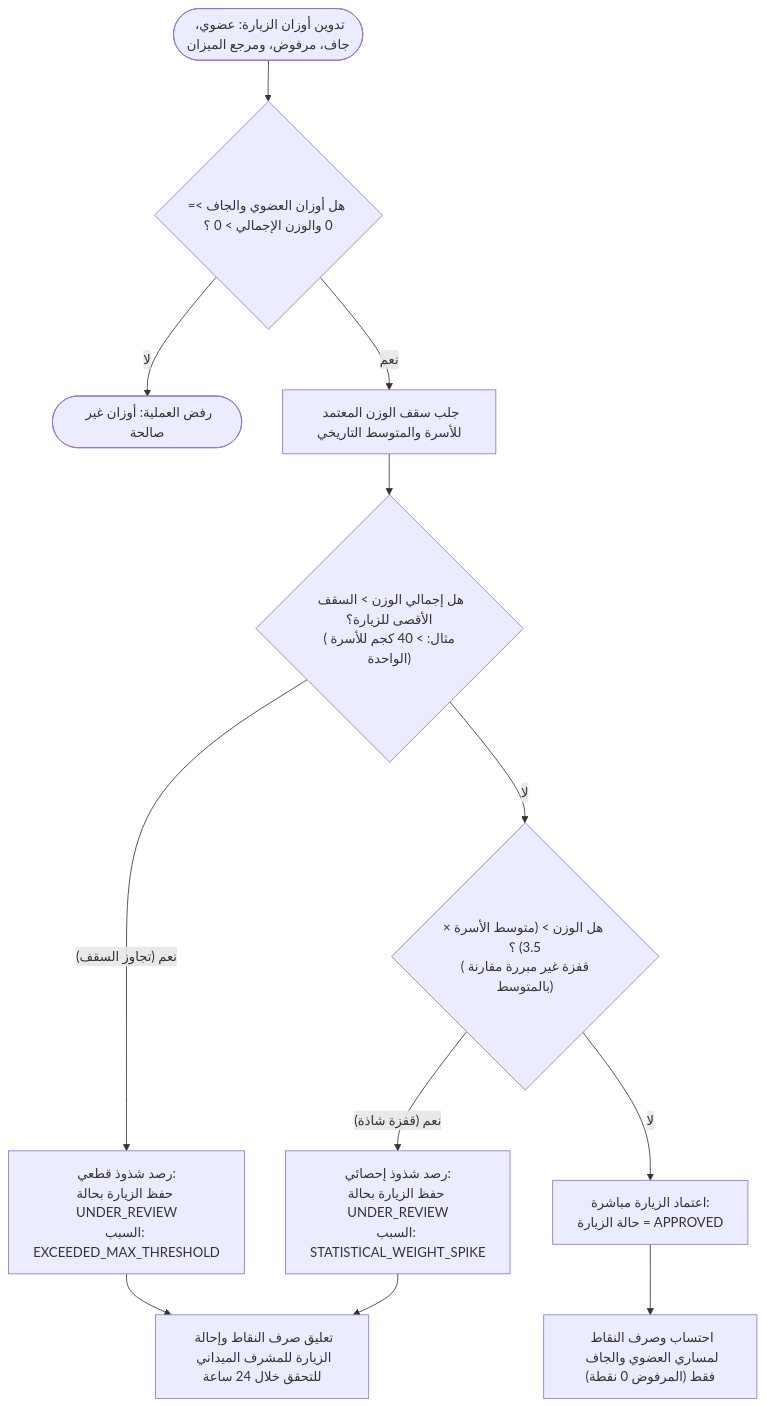
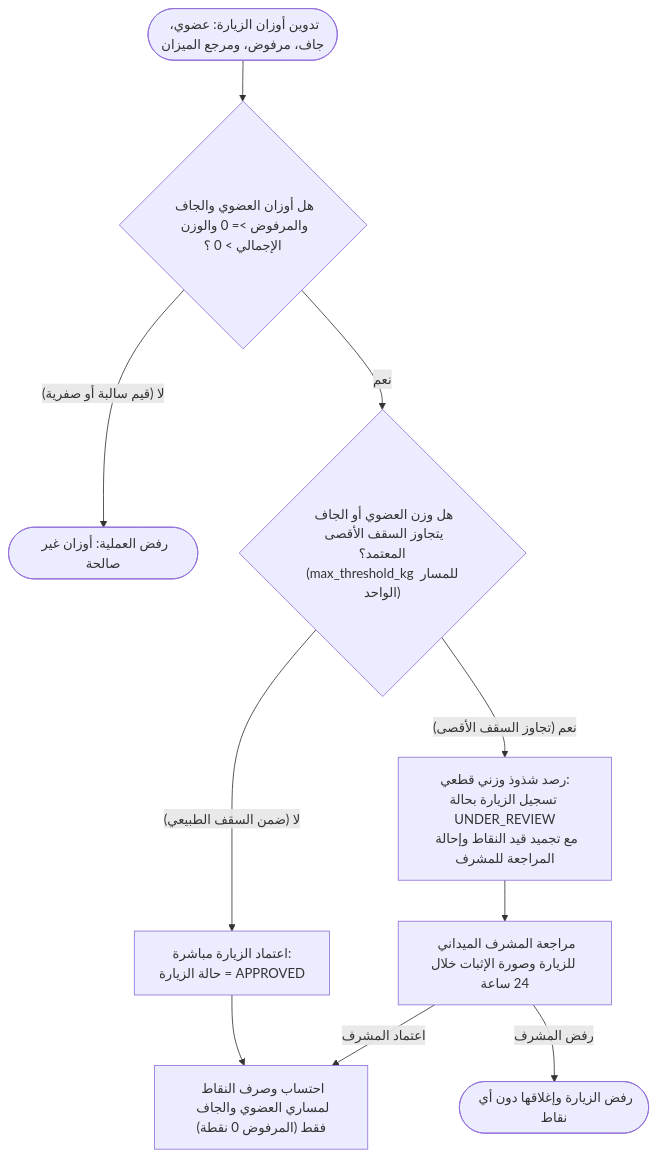
Before and after one commit to A-S-Y/Athar: the second of 3 diagrams in docs/03-flows-and-logic/business-logic.md, drawn with Mermaid. The commit also changed other lines of this file and 9 other files, not shown here.

````diff
--- a/docs/03-flows-and-logic/business-logic.md
+++ b/docs/03-flows-and-logic/business-logic.md
@@ -44,21 +40,18 @@
 ```mermaid
 flowchart TD
-    WeightIn(["تدوين أوزان الزيارة: عضوي، جاف، مرفوض، ومرجع الميزان"]) --> CheckNegative{"هل أوزان العضوي والجاف >= 0 والوزن الإجمالي > 0 ؟"}
+    WeightIn(["تدوين أوزان الزيارة: عضوي، جاف، مرفوض، ومرجع الميزان"]) --> CheckNegative{"هل أوزان العضوي والجاف والمرفوض >= 0 والوزن الإجمالي > 0 ؟"}
     
-    CheckNegative -- "لا" --> ErrZero(["رفض العملية: أوزان غير صالحة"])
+    CheckNegative -- "لا (قيم سالبة أو صفرية)" --> ErrZero(["رفض العملية: أوزان غير صالحة"])
     
-    CheckNegative -- "نعم" --> FetchLimits["جلب سقف الوزن المعتمد للأسرة والمتوسط التاريخي"]
-    FetchLimits --> CheckAbsoluteMax{"هل إجمالي الوزن > السقف الأقصى للزيارة؟<br/>(مثال: > 40 كجم للأسرة الواحدة)"}
+    CheckNegative -- "نعم" --> CheckThreshold{"هل وزن العضوي أو الجاف يتجاوز السقف الأقصى المعتمد؟<br/>(max_threshold_kg للمسار الواحد)"}
     
-    CheckAbsoluteMax -- "نعم (تجاوز السقف)" --> FlagAnomaly1["رصد شذوذ قطعي:<br/>حفظ الزيارة بحالة UNDER_REVIEW<br/>السبب: EXCEEDED_MAX_THRESHOLD"]
+    CheckThreshold -- "نعم (تجاوز السقف الأقصى)" --> FlagAnomaly["رصد شذوذ وزني قطعي:<br/>تسجيل الزيارة بحالة UNDER_REVIEW<br/>مع تجميد قيد النقاط وإحالة المراجعة للمشرف"]
     
-    CheckAbsoluteMax -- "لا" --> CheckSpike{"هل الوزن > (متوسط الأسرة × 3.5) ؟<br/>(قفزة غير مبررة مقارنة بالمتوسط)"}
-    CheckSpike -- "نعم (قفزة شاذة)" --> FlagAnomaly2["رصد شذوذ إحصائي:<br/>حفظ الزيارة بحالة UNDER_REVIEW<br/>السبب: STATISTICAL_WEIGHT_SPIKE"]
+    CheckThreshold -- "لا (ضمن السقف الطبيعي)" --> ApproveWeight["اعتماد الزيارة مباشرة:<br/>حالة الزيارة = APPROVED"]
     
-    CheckSpike -- "لا" --> ApproveWeight["اعتماد الزيارة مباشرة:<br/>حالة الزيارة = APPROVED"]
+    FlagAnomaly --> SupervisorReview["مراجعة المشرف الميداني للزيارة وصورة الإثبات خلال 24 ساعة"]
+    SupervisorReview -- "اعتماد المشرف" --> MintPoints["احتساب وصرف النقاط لمساري العضوي والجاف فقط (المرفوض 0 نقطة)"]
+    SupervisorReview -- "رفض المشرف" --> RejectVisit(["رفض الزيارة وإغلاقها دون أي نقاط"])
     
-    FlagAnomaly1 --> HoldPoints["تعليق صرف النقاط وإحالة الزيارة للمشرف الميداني للتحقق خلال 24 ساعة"]
-    FlagAnomaly2 --> HoldPoints
-    
-    ApproveWeight --> MintPoints["احتساب وصرف النقاط لمساري العضوي والجاف فقط (المرفوض 0 نقطة)"]
+    ApproveWeight --> MintPoints
 ```
````
